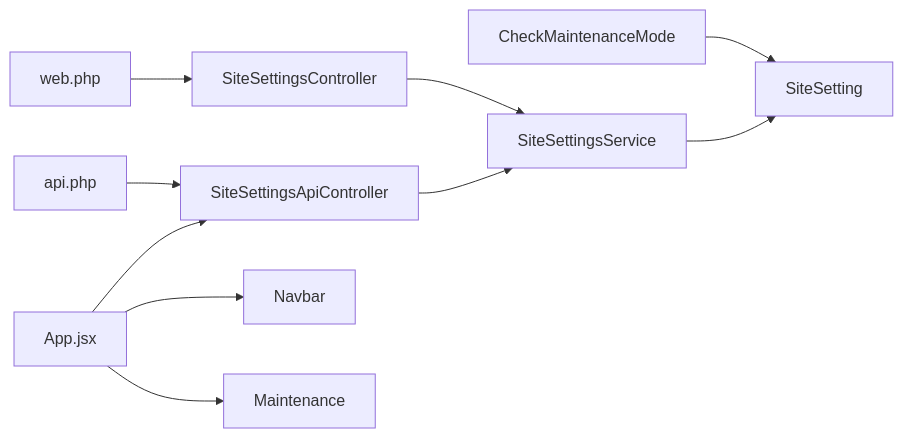
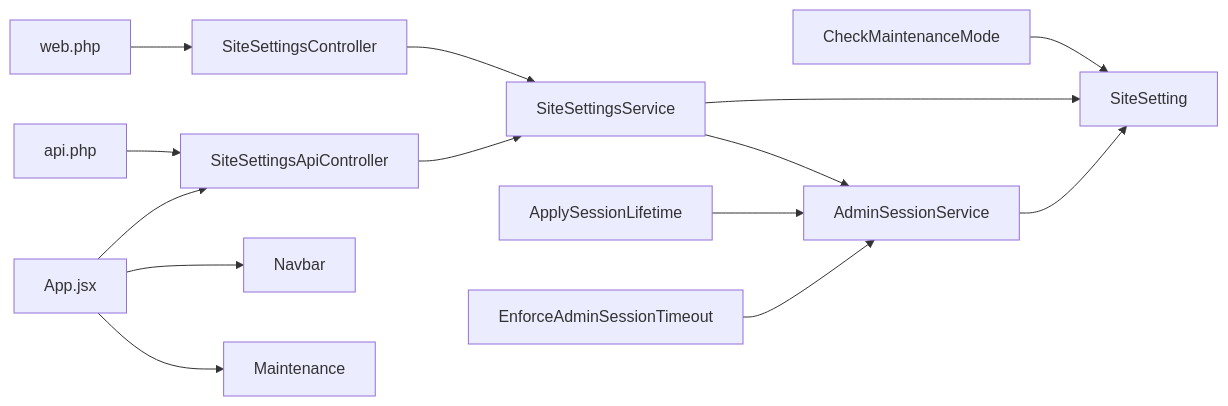
The seventh of 7 diagrams in .qoder/repowiki/en/content/Administrative Dashboard/Site Configuration & Settings.md (mahbub095/bus-app), drawn with Mermaid before and after one commit. The commit also changed other lines of this file and 130 other files, not shown here.

````diff
--- a/.qoder/repowiki/en/content/Administrative Dashboard/Site Configuration & Settings.md
+++ b/.qoder/repowiki/en/content/Administrative Dashboard/Site Configuration & Settings.md
@@ -318,12 +407,16 @@
 ```mermaid
 graph LR
 MW["CheckMaintenanceMode"] --> Model["SiteSetting"]
 AdminCtrl["SiteSettingsController"] --> Svc["SiteSettingsService"]
 ApiCtrl["SiteSettingsApiController"] --> Svc
 Svc --> Model
+Svc --> AdminSvc["AdminSessionService"]
+AdminSvc --> Model
+SessionMW["ApplySessionLifetime"] --> AdminSvc
+TimeoutMW["EnforceAdminSessionTimeout"] --> AdminSvc
 Web["web.php"] --> AdminCtrl
 Api["api.php"] --> ApiCtrl
 FE["App.jsx"] --> ApiCtrl
 FE --> Navbar
 FE --> Maintenance
 ```
````
